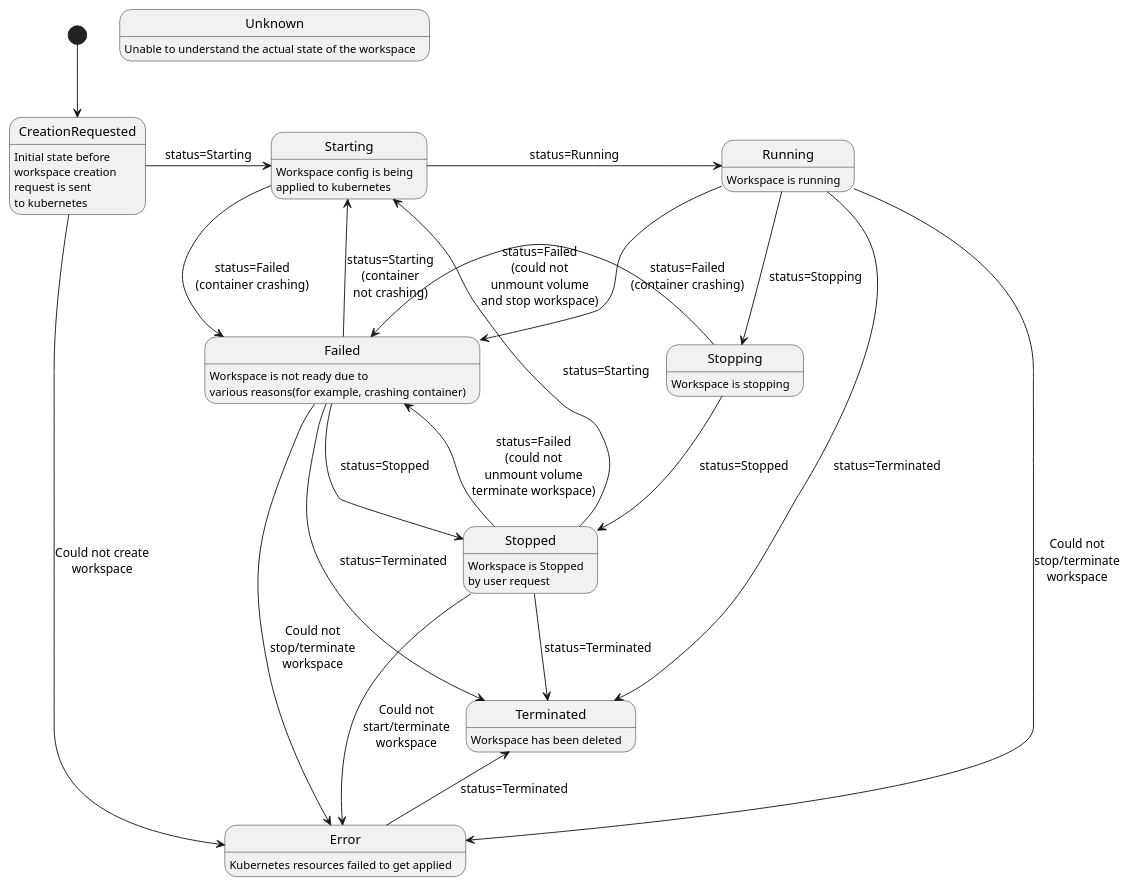
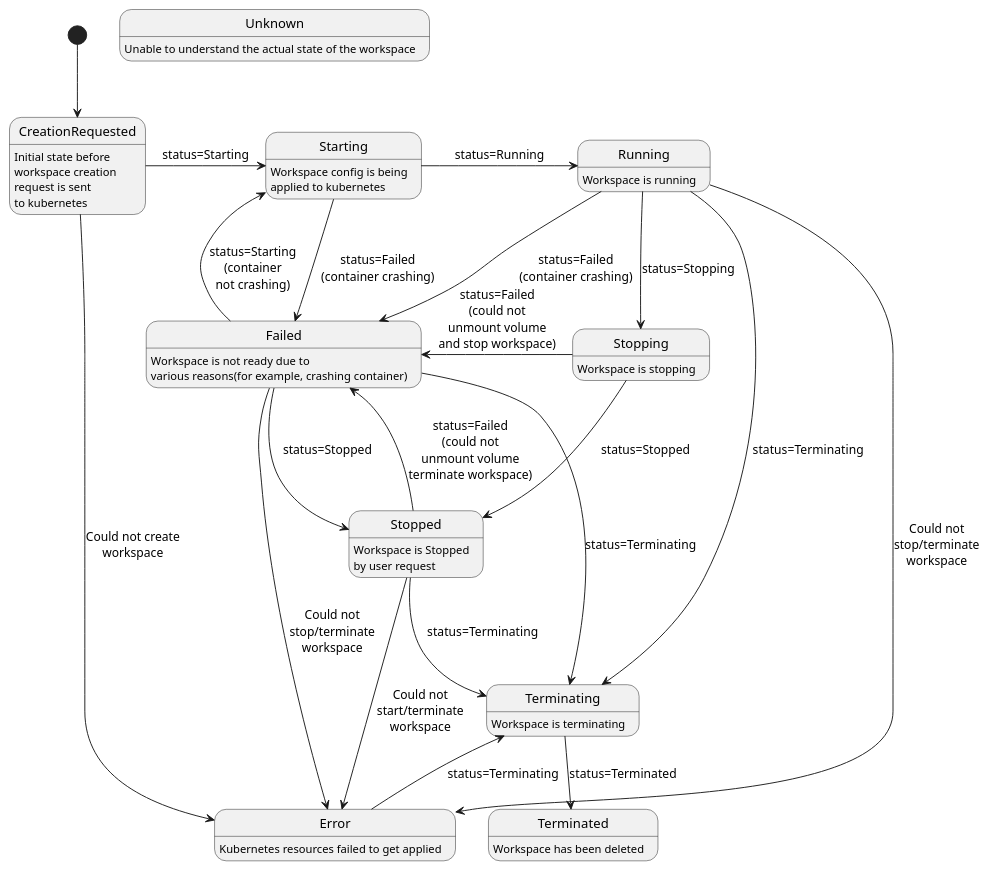
Before and after one commit to zalyoung/gitlab-handbook: the seventh of 8 diagrams in content/handbook/engineering/architecture/design-documents/workspaces/architecture_kubernetes_setup.md, drawn with PlantUML.

Commit message:
Update workspace state lifecycle

````diff
--- a/content/handbook/engineering/architecture/design-documents/workspaces/architecture_kubernetes_setup.md
+++ b/content/handbook/engineering/architecture/design-documents/workspaces/architecture_kubernetes_setup.md
@@ -351,39 +351,41 @@
 ```plantuml
 [*] --> CreationRequested
 CreationRequested : Initial state before\nworkspace creation\nrequest is sent\nto kubernetes
 CreationRequested -right-> Starting : status=Starting
 CreationRequested -right-> Error : Could not create\nworkspace
 
 Starting : Workspace config is being\napplied to kubernetes
 Starting -right-> Running : status=Running
 Starting -down-> Failed : status=Failed\n(container crashing)
 
 Running : Workspace is running
 Running -down-> Stopping : status=Stopping
 Running -down-> Failed : status=Failed\n(container crashing)
-Running -down-> Terminated : status=Terminated
+Running -down-> Terminating : status=Terminating
 Running -right-> Error : Could not\nstop/terminate\nworkspace
 
 Stopping : Workspace is stopping
 Stopping -down-> Stopped : status=Stopped
 Stopping -left-> Failed : status=Failed\n(could not\nunmount volume\nand stop workspace)
 
 Stopped : Workspace is Stopped\nby user request
 Stopped -left-> Failed : status=Failed\n(could not\nunmount volume\nterminate workspace)
 Stopped -right-> Error : Could not\nstart/terminate\nworkspace
-Stopped -down-> Terminated : status=Terminated
-Stopped -up-> Starting : status=Starting
+Stopped -down-> Terminating : status=Terminating
+
+Terminating : Workspace is terminating
+Terminating -down-> Terminated : status=Terminated
 
 Terminated: Workspace has been deleted
 
 Failed: Workspace is not ready due to\nvarious reasons(for example, crashing container)
 Failed -up-> Starting : status=Starting\n(container\nnot crashing)
 Failed -right-> Stopped : status=Stopped
-Failed -down-> Terminated : status=Terminated
+Failed -down-> Terminating : status=Terminating
 Failed -down-> Error : Could not\nstop/terminate\nworkspace
 
 Error: Kubernetes resources failed to get applied
-Error -up-> Terminated : status=Terminated
+Error -up-> Terminating : status=Terminating
 
 Unknown: Unable to understand the actual state of the workspace
 ```
````
